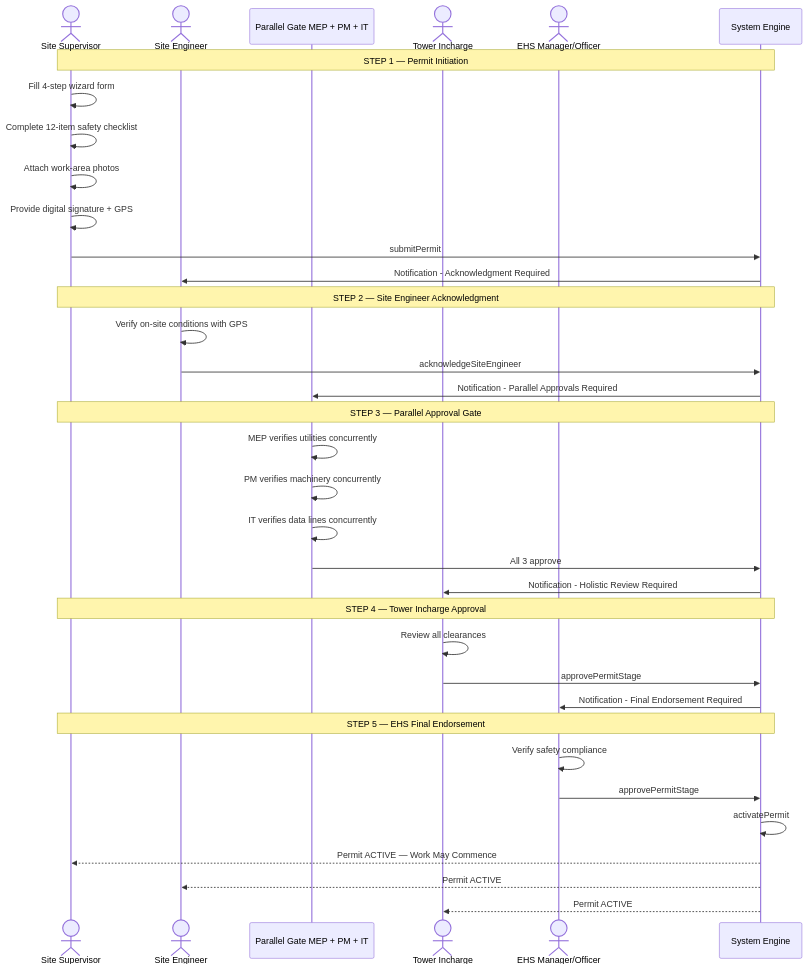
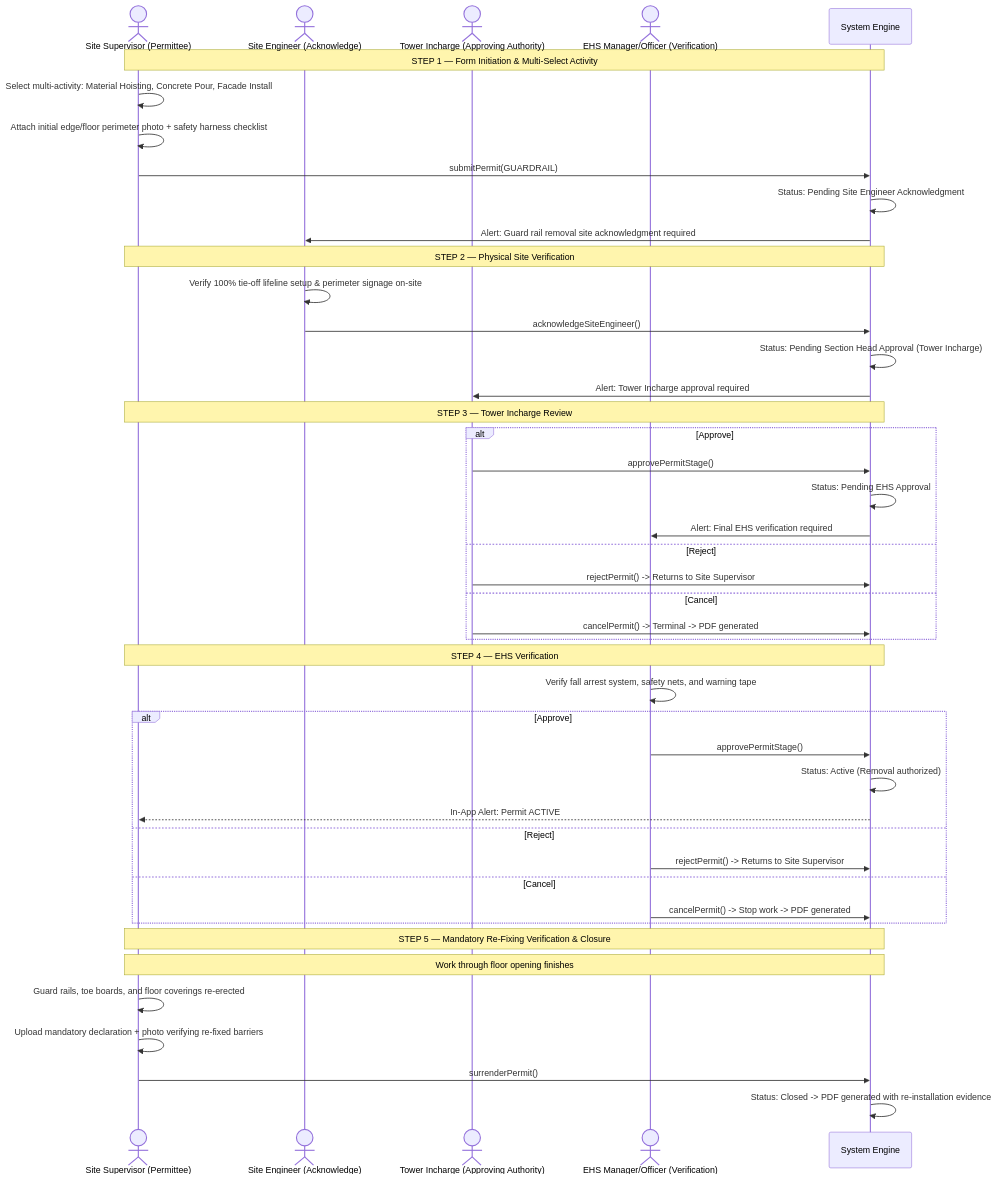
Before and after one commit to AuroGroupAutomationBot/ARPL-EHS-Demo: diagram 11 of 25 in README.md, drawn with Mermaid. The commit also changed other lines of this file, not shown here.

````diff
--- a/README.md
+++ b/README.md
@@ -446,42 +916,51 @@
 ```mermaid
 sequenceDiagram
-    actor SS as Site Supervisor
-    actor SE as Site Engineer
-    participant PG as Parallel Gate MEP + PM + IT
-    actor TI as Tower Incharge
-    actor EHS as EHS Manager/Officer
+    actor SS as Site Supervisor (Permittee)
+    actor SE as Site Engineer (Acknowledge)
+    actor TI as Tower Incharge (Approving Authority)
+    actor EHS as EHS Manager/Officer (Verification)
     participant SYS as System Engine
 
-    Note over SS,SYS: STEP 1 — Permit Initiation
-    SS->>SS: Fill 4-step wizard form
-    SS->>SS: Complete 12-item safety checklist
-    SS->>SS: Attach work-area photos
-    SS->>SS: Provide digital signature + GPS
-    SS->>SYS: submitPermit
-    SYS->>SE: Notification - Acknowledgment Required
+    Note over SS,SYS: STEP 1 — Form Initiation & Multi-Select Activity
+    SS->>SS: Select multi-activity: Material Hoisting, Concrete Pour, Facade Install
+    SS->>SS: Attach initial edge/floor perimeter photo + safety harness checklist
+    SS->>SYS: submitPermit(GUARDRAIL)
+    SYS->>SYS: Status: Pending Site Engineer Acknowledgment
+    SYS->>SE: Alert: Guard rail removal site acknowledgment required
 
-    Note over SS,SYS: STEP 2 — Site Engineer Acknowledgment
-    SE->>SE: Verify on-site conditions with GPS
-    SE->>SYS: acknowledgeSiteEngineer
-    SYS->>PG: Notification - Parallel Approvals Required
+    Note over SS,SYS: STEP 2 — Physical Site Verification
+    SE->>SE: Verify 100% tie-off lifeline setup & perimeter signage on-site
+    SE->>SYS: acknowledgeSiteEngineer()
+    SYS->>SYS: Status: Pending Section Head Approval (Tower Incharge)
+    SYS->>TI: Alert: Tower Incharge approval required
 
-    Note over SS,SYS: STEP 3 — Parallel Approval Gate
-    PG->>PG: MEP verifies utilities concurrently
-    PG->>PG: PM verifies machinery concurrently
-    PG->>PG: IT verifies data lines concurrently
-    PG->>SYS: All 3 approve
-    SYS->>TI: Notification - Holistic Review Required
+    Note over SS,SYS: STEP 3 — Tower Incharge Review
+    alt Approve
+        TI->>SYS: approvePermitStage()
+        SYS->>SYS: Status: Pending EHS Approval
+        SYS->>EHS: Alert: Final EHS verification required
+    else Reject
+        TI->>SYS: rejectPermit() -> Returns to Site Supervisor
+    else Cancel
+        TI->>SYS: cancelPermit() -> Terminal -> PDF generated
+    end
 
-    Note over SS,SYS: STEP 4 — Tower Incharge Approval
-    TI->>TI: Review all clearances
-    TI->>SYS: approvePermitStage
-    SYS->>EHS: Notification - Final Endorsement Required
+    Note over SS,SYS: STEP 4 — EHS Verification
+    EHS->>EHS: Verify fall arrest system, safety nets, and warning tape
+    alt Approve
+        EHS->>SYS: approvePermitStage()
+        SYS->>SYS: Status: Active (Removal authorized)
+        SYS-->>SS: In-App Alert: Permit ACTIVE
+    else Reject
+        EHS->>SYS: rejectPermit() -> Returns to Site Supervisor
+    else Cancel
+        EHS->>SYS: cancelPermit() -> Stop work -> PDF generated
+    end
 
-    Note over SS,SYS: STEP 5 — EHS Final Endorsement
-    EHS->>EHS: Verify safety compliance
-    EHS->>SYS: approvePermitStage
-    SYS->>SYS: activatePermit
-    SYS-->>SS: Permit ACTIVE — Work May Commence
-    SYS-->>SE: Permit ACTIVE
-    SYS-->>TI: Permit ACTIVE
+    Note over SS,SYS: STEP 5 — Mandatory Re-Fixing Verification & Closure
+    Note over SS,SYS: Work through floor opening finishes
+    SS->>SS: Guard rails, toe boards, and floor coverings re-erected
+    SS->>SS: Upload mandatory declaration + photo verifying re-fixed barriers
+    SS->>SYS: surrenderPermit()
+    SYS->>SYS: Status: Closed -> PDF generated with re-installation evidence
 ```
````
